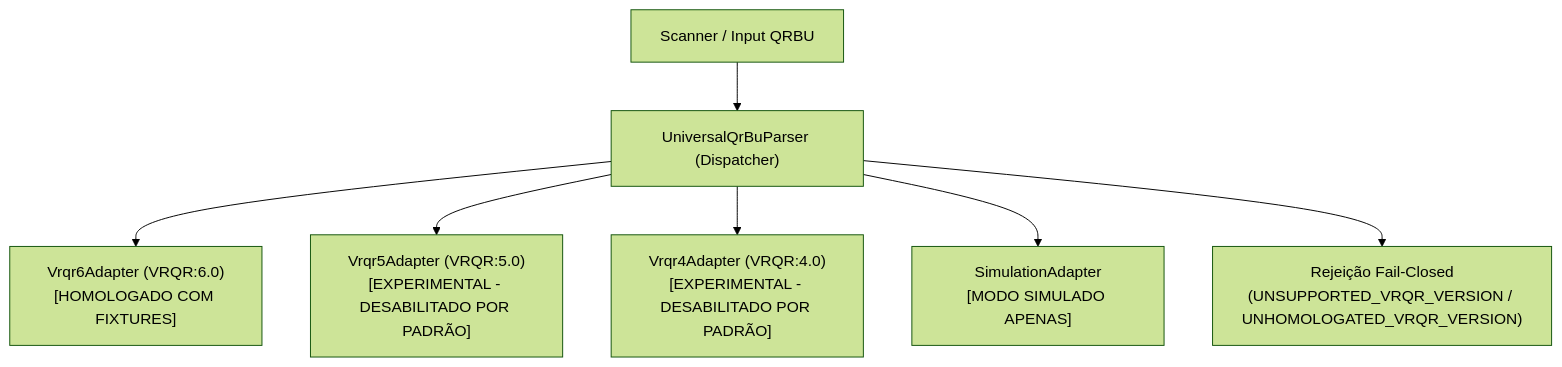
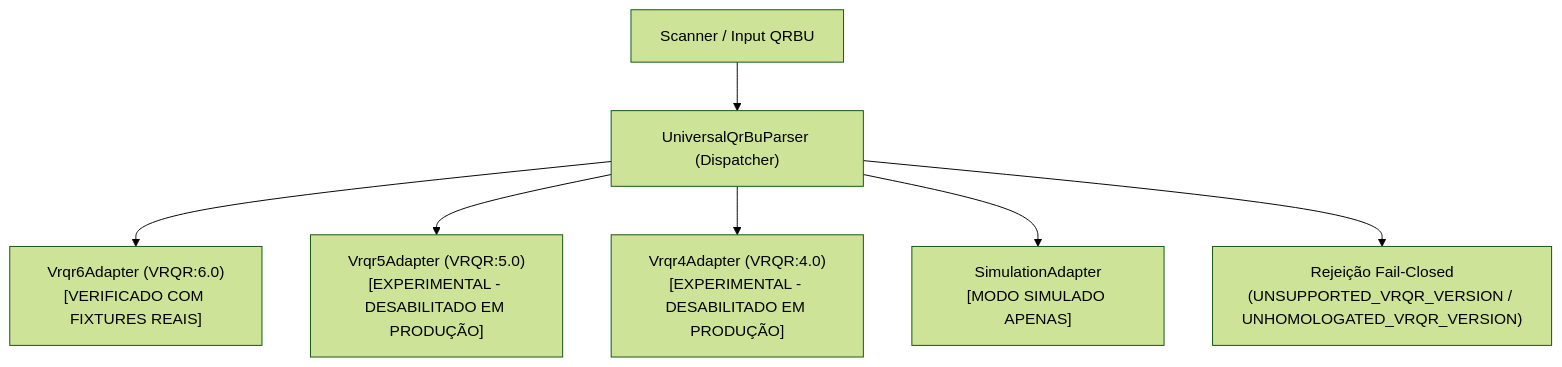
The first of 2 diagrams in docs/QRBU-ADAPTER-SUPPORTED-LAYOUTS.md (georgecolossi/apuracao-paralela-2026), drawn with Mermaid (forest theme) before and after one commit. The commit also changed other lines of this file and 5 other files, not shown here.

````diff
--- a/docs/QRBU-ADAPTER-SUPPORTED-LAYOUTS.md
+++ b/docs/QRBU-ADAPTER-SUPPORTED-LAYOUTS.md
@@ -14,9 +24,9 @@
 ```mermaid
 flowchart TD
     Scanner["Scanner / Input QRBU"] --> Dispatcher["UniversalQrBuParser (Dispatcher)"]
-    Dispatcher --> V6["Vrqr6Adapter (VRQR:6.0)\n[HOMOLOGADO COM FIXTURES]"]
-    Dispatcher --> V5["Vrqr5Adapter (VRQR:5.0)\n[EXPERIMENTAL - DESABILITADO POR PADRÃO]"]
-    Dispatcher --> V4["Vrqr4Adapter (VRQR:4.0)\n[EXPERIMENTAL - DESABILITADO POR PADRÃO]"]
+    Dispatcher --> V6["Vrqr6Adapter (VRQR:6.0)\n[VERIFICADO COM FIXTURES REAIS]"]
+    Dispatcher --> V5["Vrqr5Adapter (VRQR:5.0)\n[EXPERIMENTAL - DESABILITADO EM PRODUÇÃO]"]
+    Dispatcher --> V4["Vrqr4Adapter (VRQR:4.0)\n[EXPERIMENTAL - DESABILITADO EM PRODUÇÃO]"]
     Dispatcher --> Sim["SimulationAdapter\n[MODO SIMULADO APENAS]"]
     Dispatcher --> Err["Rejeição Fail-Closed\n(UNSUPPORTED_VRQR_VERSION / UNHOMOLOGATED_VRQR_VERSION)"]
 ```
````
